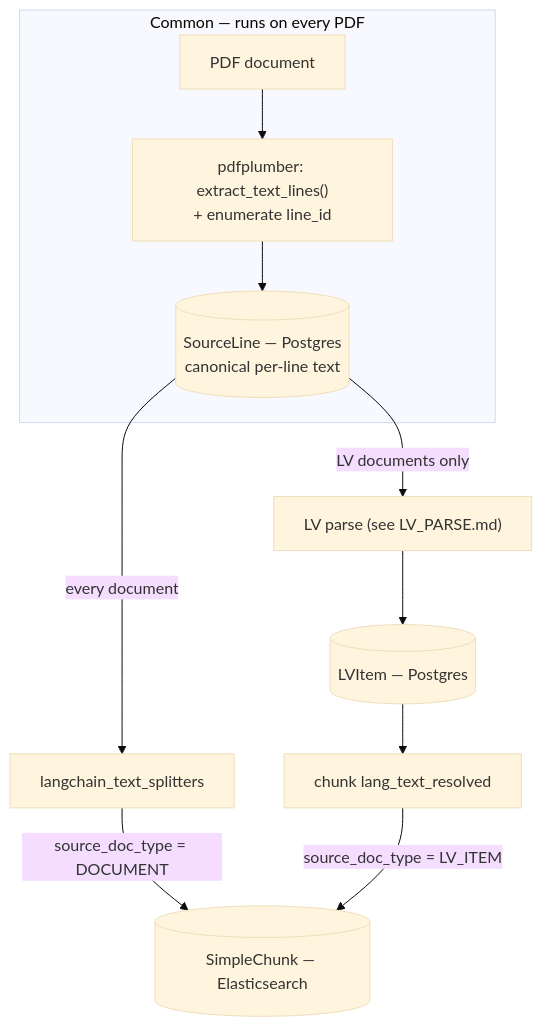
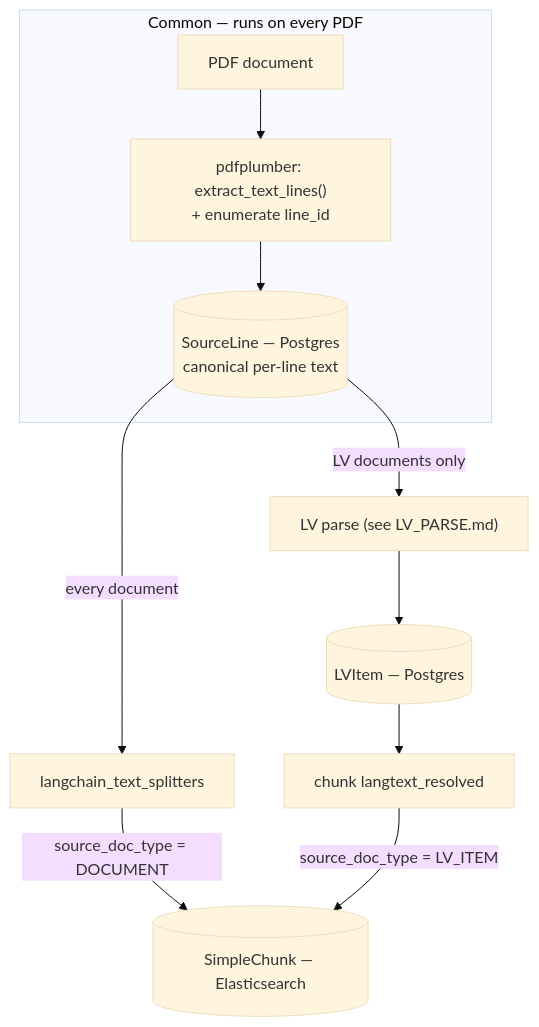
The diagram in INGESTION.md (arthurshen74/strassenbau-vergabe-assistant), drawn with Mermaid (base theme) before and after one commit. The commit also changed other lines of this file and 45 other files, not shown here.

````diff
--- a/INGESTION.md
+++ b/INGESTION.md
@@ -7,19 +7,19 @@
 ```mermaid
 flowchart TD
     PDF["PDF document"]
 
     subgraph COMMON["Common — runs on every PDF"]
         PP["pdfplumber: extract_text_lines()<br/>+ enumerate line_id"]
         PDF --> PP
         PP --> SL[("SourceLine — Postgres<br/>canonical per-line text")]
     end
 
     SL -->|every document| SPLIT["langchain_text_splitters"]
     SL -->|LV documents only| PARSE["LV parse (see LV_PARSE.md)"]
 
     PARSE --> LVI[("LVItem — Postgres")]
-    LVI --> CHUNK["chunk lang_text_resolved"]
+    LVI --> CHUNK["chunk langtext_resolved"]
 
     SPLIT -->|source_doc_type = DOCUMENT| SC[("SimpleChunk — Elasticsearch")]
     CHUNK -->|source_doc_type = LV_ITEM| SC
 ```
````
